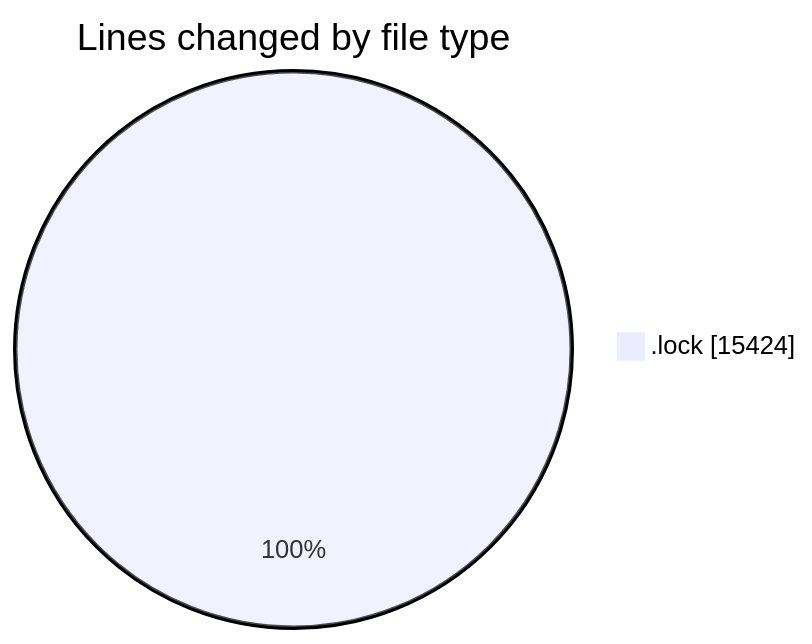
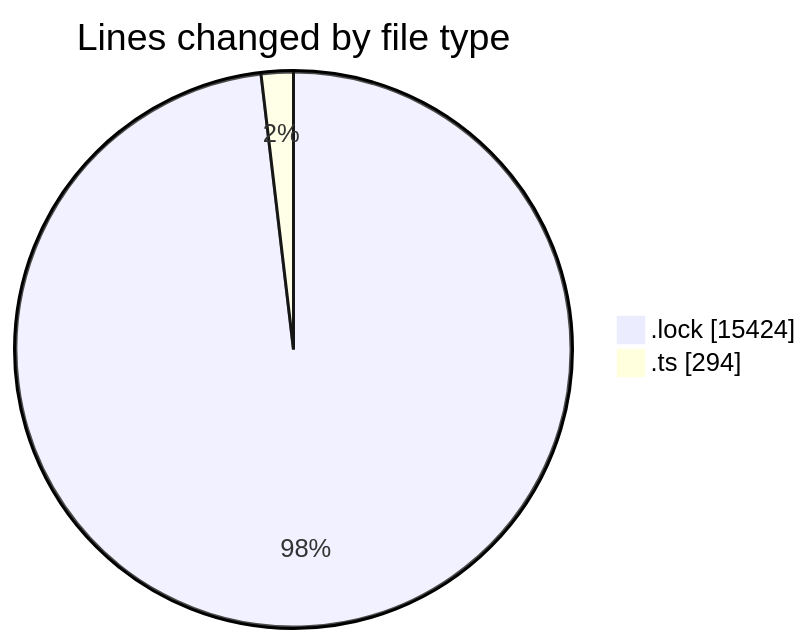
Before and after one commit to momahboobian/code-tracking: the first of 2 diagrams in 2025-05-22/cda/README.md, drawn with Mermaid. The commit also changed other lines of this file and 1 other file, not shown here.

````diff
--- a/2025-05-22/cda/README.md
+++ b/2025-05-22/cda/README.md
@@ -20,5 +21,6 @@
 ```mermaid
 pie showData
 title Lines changed by file type
 ".lock" : 15424
+".ts" : 294
 ```
````
